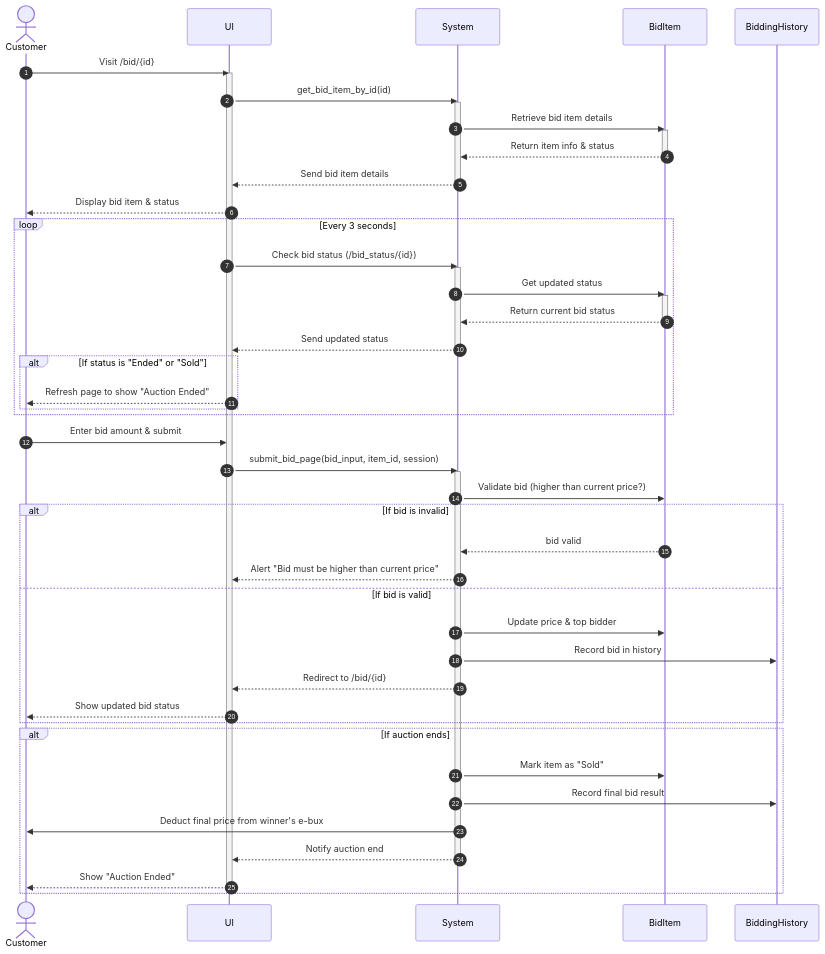
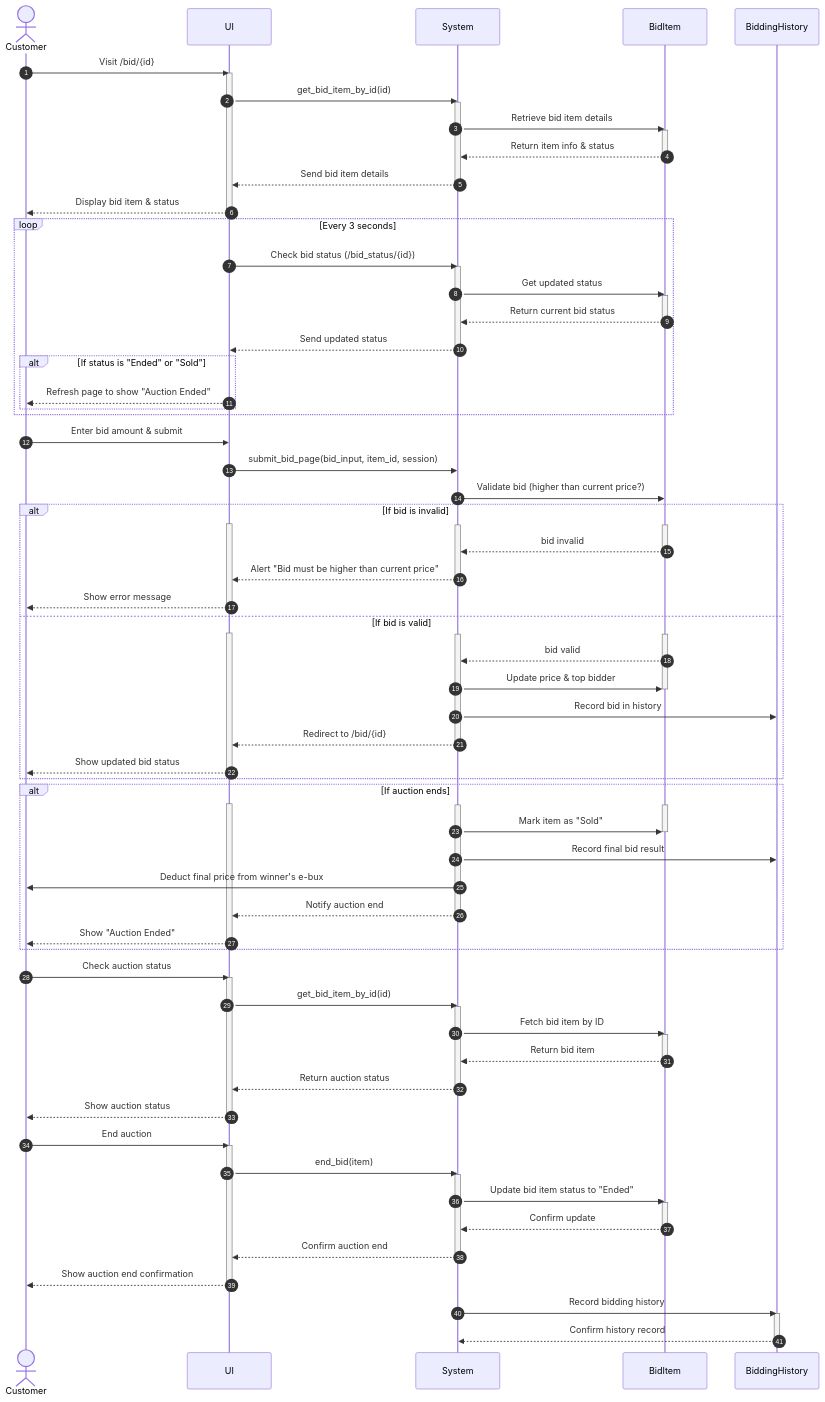
Before and after one commit to Bokutosimp/CE_OOP_PROJECT: the diagram in diagram/sequence/bidding.md, drawn with Mermaid.

Commit message:
change bidding diagram

````diff
--- a/diagram/sequence/bidding.md
+++ b/diagram/sequence/bidding.md
@@ -18,6 +18,7 @@
   System-->>UI: Send bid item details
   deactivate System
   UI-->>Customer: Display bid item & status
+  deactivate UI
 
   loop Every 3 seconds
     UI->>System: Check bid status (/bid_status/{id})
@@ -35,26 +36,73 @@
 
   Customer->>UI: Enter bid amount & submit
   UI->>System: submit_bid_page(bid_input, item_id, session)
-  activate System
   System->>BidItem: Validate bid (higher than current price?)
   alt If bid is invalid
+    activate UI
+    activate System
+    activate BidItem
+    BidItem-->>System: bid invalid
+    deactivate BidItem
+    System-->>UI: Alert "Bid must be higher than current price"
+    deactivate System
+    UI-->>Customer: Show error message
+    deactivate UI
+  else If bid is valid
+    activate UI
+    activate System
+    activate BidItem
     BidItem-->>System: bid valid
-    System-->>UI: Alert "Bid must be higher than current price"
-  else If bid is valid
     System->>BidItem: Update price & top bidder
+    deactivate BidItem
     System->>BiddingHistory: Record bid in history
     System-->>UI: Redirect to /bid/{id}
+    deactivate System
     UI-->>Customer: Show updated bid status
+    deactivate UI
   end
 
   alt If auction ends
+    activate UI
+    activate System
+    activate BidItem
     System->>BidItem: Mark item as "Sold"
+    deactivate BidItem
     System->>BiddingHistory: Record final bid result
     System->>Customer: Deduct final price from winner's e-bux
     System-->>UI: Notify auction end
-  deactivate System
+    deactivate System
     UI-->>Customer: Show "Auction Ended"
-  deactivate UI
+    deactivate UI
   end
 
+  Customer->>UI: Check auction status
+  activate UI
+  UI->>System: get_bid_item_by_id(id)
+  activate System
+  System->>BidItem: Fetch bid item by ID
+  activate BidItem
+  BidItem-->>System: Return bid item
+  deactivate BidItem
+  System-->>UI: Return auction status
+  deactivate System
+  UI-->>Customer: Show auction status
+  deactivate UI
+
+  Customer->>UI: End auction
+  activate UI
+  UI->>System: end_bid(item)
+  activate System
+  System->>BidItem: Update bid item status to "Ended"
+  activate BidItem
+  BidItem-->>System: Confirm update
+  deactivate BidItem
+  System-->>UI: Confirm auction end
+  deactivate System
+  UI-->>Customer: Show auction end confirmation
+  deactivate UI
+
+  System->>BiddingHistory: Record bidding history
+  activate BiddingHistory
+  BiddingHistory-->>System: Confirm history record
+  deactivate BiddingHistory
 ```
````
